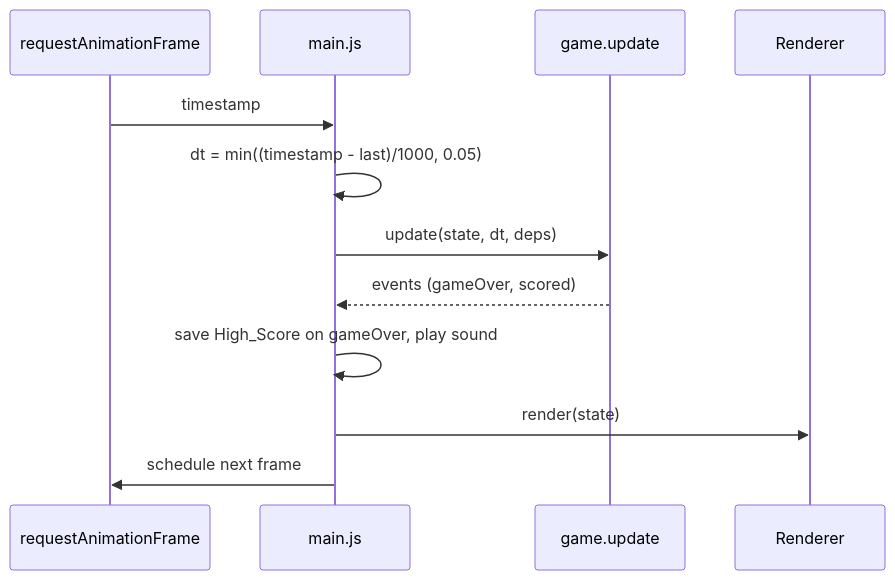
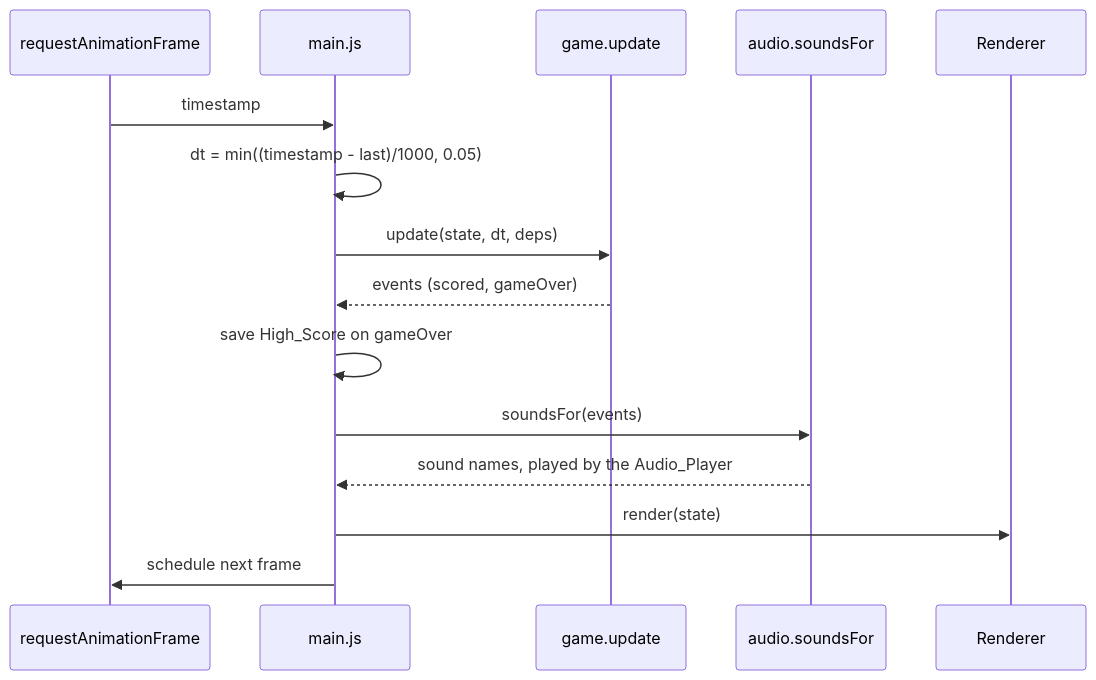
Before and after one commit to will13cb/flappy-kiro: the fourth of 4 diagrams in .kiro/specs/flappy-kiro/design.md, drawn with Mermaid. The commit also changed other lines of this file and 6 other files, not shown here.

````diff
--- a/.kiro/specs/flappy-kiro/design.md
+++ b/.kiro/specs/flappy-kiro/design.md
@@ -109,14 +162,17 @@
 ```mermaid
 sequenceDiagram
     participant RAF as requestAnimationFrame
     participant Main as main.js
     participant Game as game.update
+    participant A as audio.soundsFor
     participant R as Renderer
     RAF->>Main: timestamp
     Main->>Main: dt = min((timestamp - last)/1000, 0.05)
     Main->>Game: update(state, dt, deps)
-    Game-->>Main: events (gameOver, scored)
-    Main->>Main: save High_Score on gameOver, play sound
+    Game-->>Main: events (scored, gameOver)
+    Main->>Main: save High_Score on gameOver
+    Main->>A: soundsFor(events)
+    A-->>Main: sound names, played by the Audio_Player
     Main->>R: render(state)
     Main->>RAF: schedule next frame
 ```
````
